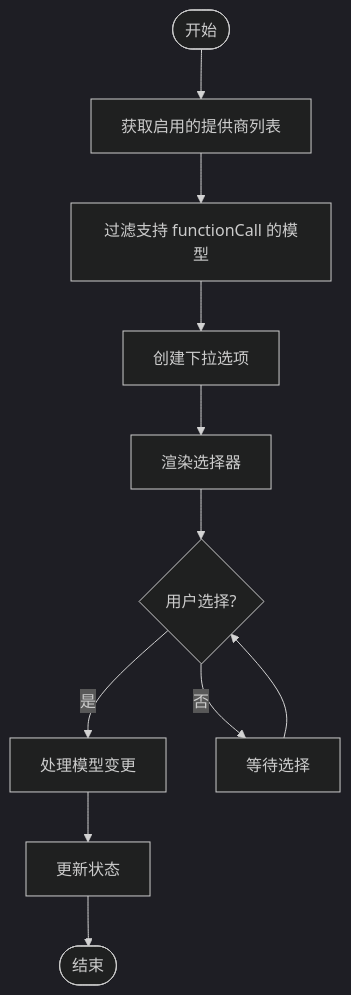
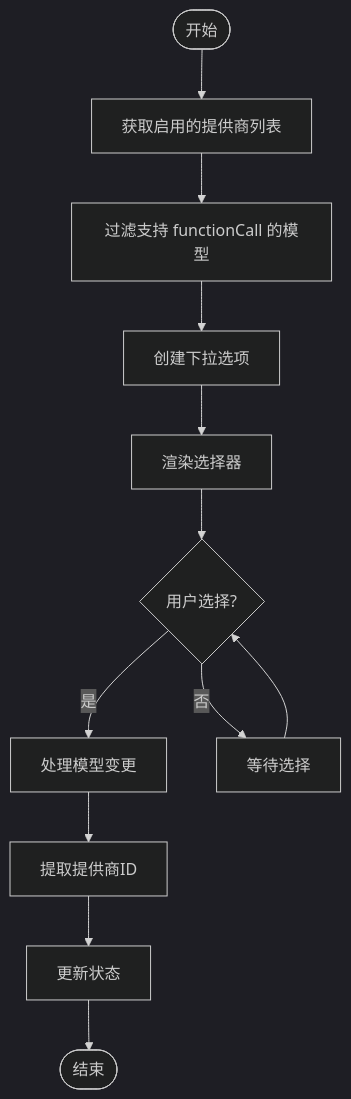
Before and after one commit to AvatoLabs/avato: the ninth of 12 diagrams in .qoder/repowiki/zh/content/核心功能模块/模型选择器增强.md, drawn with Mermaid (dark theme). The commit also changed other lines of this file and 23 other files, not shown here.

````diff
--- a/.qoder/repowiki/zh/content/核心功能模块/模型选择器增强.md
+++ b/.qoder/repowiki/zh/content/核心功能模块/模型选择器增强.md
@@ -269,13 +415,14 @@
 ```mermaid
 flowchart TD
 Start([开始]) --> GetEnabledList[获取启用的提供商列表]
 GetEnabledList --> FilterModels[过滤支持 functionCall 的模型]
 FilterModels --> CreateOptions[创建下拉选项]
 CreateOptions --> RenderSelect[渲染选择器]
 RenderSelect --> UserSelect{用户选择?}
 UserSelect --> |是| HandleChange[处理模型变更]
 UserSelect --> |否| Wait[等待选择]
-HandleChange --> UpdateState[更新状态]
+HandleChange --> ExtractProvider[提取提供商ID]
+ExtractProvider --> UpdateState[更新状态]
 UpdateState --> End([结束])
 Wait --> UserSelect
 ```
````
